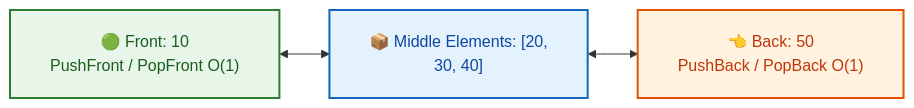
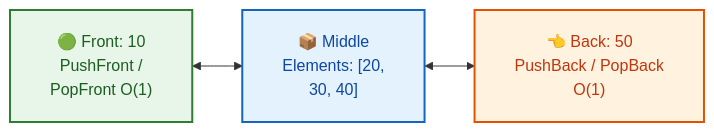
One commit to dip4k/DSA_102 changed the fourth of 5 diagrams in week_02_foundations_ii_linear_data_structures/Week_02_Visual_Concepts_Playbook_HYBRID.md. Above: the diagram before and after it, drawn with Mermaid. The commit also changed other lines of this file and 106 other files, not shown here.

First line of the commit message:
fix(mermaid): prevent text clipping with foreignObject overflow and tighter line wrapping

````diff
--- a/week_02_foundations_ii_linear_data_structures/Week_02_Visual_Concepts_Playbook_HYBRID.md
+++ b/week_02_foundations_ii_linear_data_structures/Week_02_Visual_Concepts_Playbook_HYBRID.md
@@ -314,13 +314,13 @@
 ```mermaid
-%%{init: {"flowchart": {"htmlLabels": true, "padding": 20}}}%%
+%%{init: {"flowchart": {"htmlLabels": true, "padding": 20}, "themeCSS": "foreignObject { overflow: visible !important; }"}}%%
 flowchart LR
     classDef front fill:#e8f5e9,stroke:#2e7d32,stroke-width:2px,color:#1b5e20
     classDef mid fill:#e3f2fd,stroke:#1565c0,stroke-width:2px,color:#0d47a1
     classDef back fill:#fff3e0,stroke:#e65100,stroke-width:2px,color:#bf360c
 
-    F["🟢 Front: 10<br/>PushFront / PopFront O(1)"]:::front
-    M["📦 Middle Elements: [20,<br/>30, 40]"]:::mid
-    B["👈 Back: 50<br/>PushBack / PopBack O(1)"]:::back
+    F["🟢 Front: 10<br/>PushFront /<br/>PopFront O(1)"]:::front
+    M["📦 Middle<br/>Elements: [20,<br/>30, 40]"]:::mid
+    B["👈 Back: 50<br/>PushBack / PopBack<br/>O(1)"]:::back
 
     F <--> M <--> B
 ```
````
